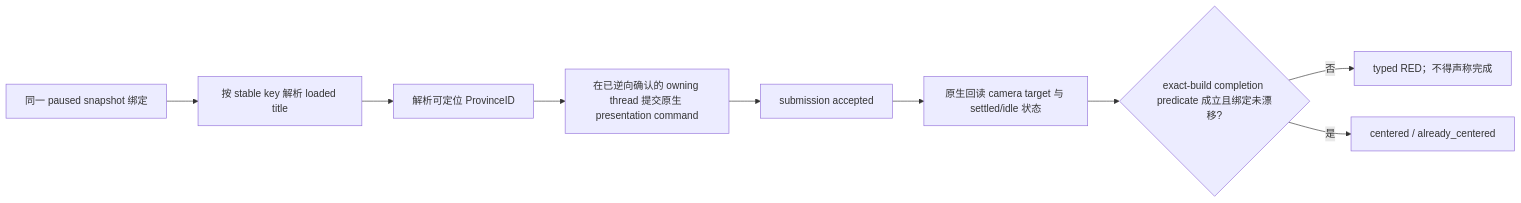
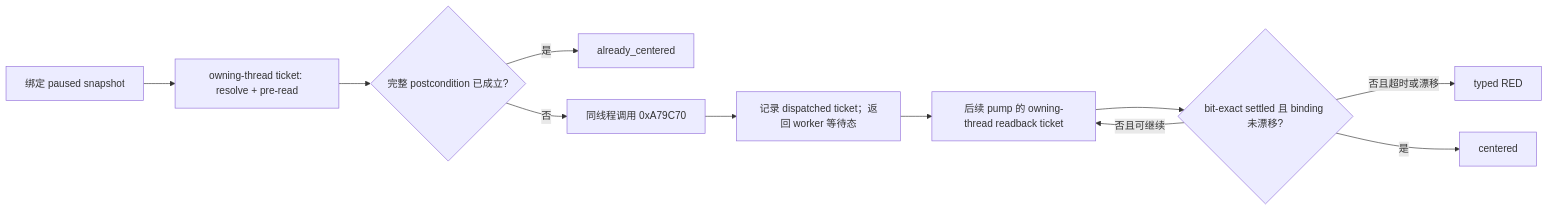
Before and after one commit to XenoAmess/ck3_eternal_recurrence: the diagram in docs/ck3-native-title-map-navigation-contract.md, drawn with Mermaid. The commit also changed other lines of this file and 27 other files, not shown here.

````diff
--- a/docs/ck3-native-title-map-navigation-contract.md
+++ b/docs/ck3-native-title-map-navigation-contract.md
@@ -122,11 +255,13 @@
 ```mermaid
 flowchart LR
-    A[同一 paused snapshot 绑定] --> B[按 stable key 解析 loaded title]
-    B --> C[解析可定位 ProvinceID]
-    C --> D[在已逆向确认的 owning thread 提交原生 presentation command]
-    D --> E[submission accepted]
-    E --> F[原生回读 camera target 与 settled/idle 状态]
-    F --> G{exact-build completion predicate 成立且绑定未漂移?}
-    G -- 否 --> H[typed RED；不得声称完成]
-    G -- 是 --> I[centered / already_centered]
+    A[绑定 paused snapshot] --> B[owning-thread ticket: resolve + pre-read]
+    B --> C{完整 postcondition 已成立?}
+    C -- 是 --> D[already_centered]
+    C -- 否 --> E[同线程调用 0xA79C70]
+    E --> F[记录 dispatched ticket；返回 worker 等待态]
+    F --> G[后续 pump 的 owning-thread readback ticket]
+    G --> H{bit-exact settled 且 binding 未漂移?}
+    H -- 否且可继续 --> G
+    H -- 否且超时或漂移 --> I[typed RED]
+    H -- 是 --> J[centered]
 ```
````
